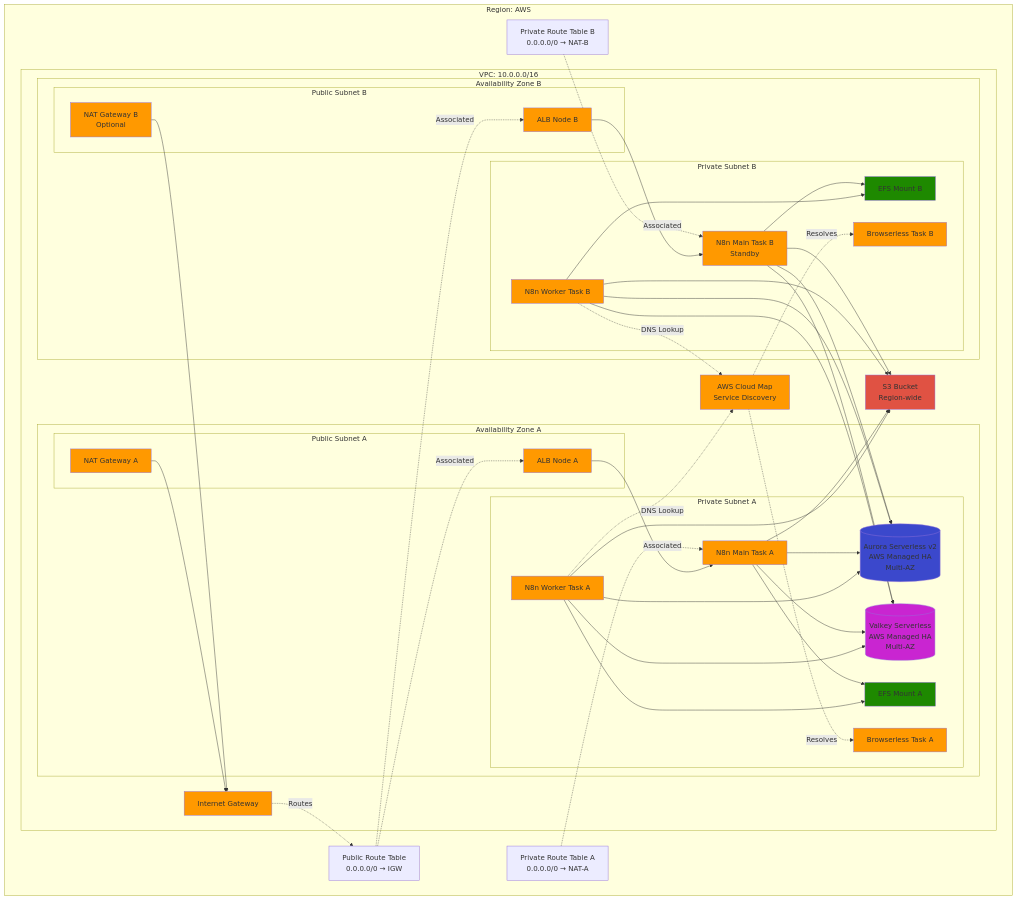
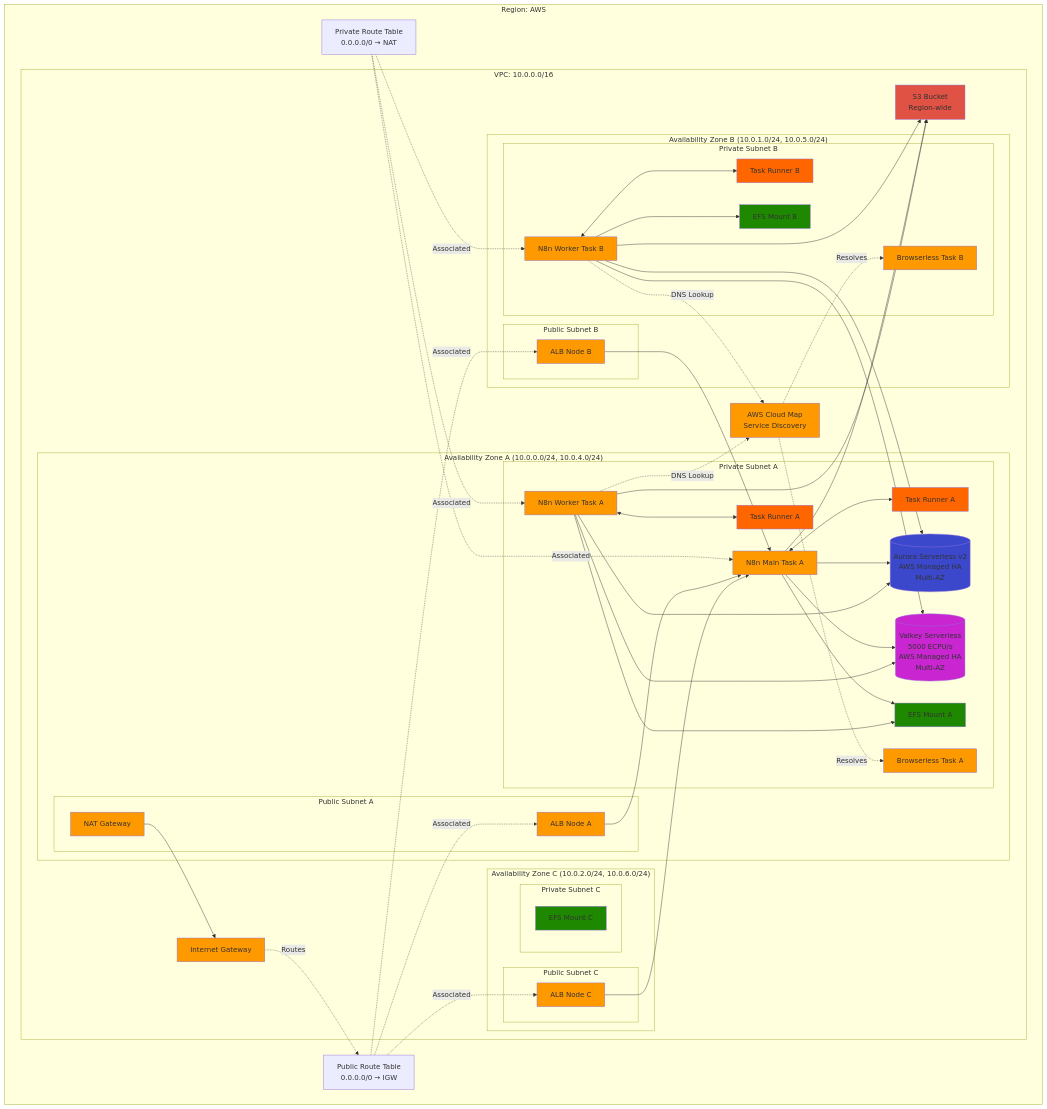
One commit to KennethWKZ/terraform-aws-n8n changed the second of 6 diagrams in aws-architecture-diagrams.md. Above: the diagram before and after it, drawn with Mermaid. The commit also changed other lines of this file and 14 other files, not shown here.

First line of the commit message:
refactor(architecture): replace python diagrams with AWS MCP

````diff
--- a/aws-architecture-diagrams.md
+++ b/aws-architecture-diagrams.md
@@ -93,33 +116,44 @@
         subgraph "VPC: 10.0.0.0/16"
             IGW[Internet Gateway]
             
-            subgraph "Availability Zone A"
+            subgraph "Availability Zone A (10.0.0.0/24, 10.0.4.0/24)"
                 subgraph "Public Subnet A"
                     ALB_A[ALB Node A]
-                    NAT_A[NAT Gateway A]
+                    NAT_A[NAT Gateway]
                 end
                 
                 subgraph "Private Subnet A"
                     Main_A[N8n Main Task A]
+                    Runner_A[Task Runner A]
                     Worker_A[N8n Worker Task A]
+                    RunnerW_A[Task Runner A]
                     Browser_A[Browserless Task A]
                     RDS_A[(Aurora Serverless v2<br/>AWS Managed HA<br/>Multi-AZ)]
-                    Cache_A[(Valkey Serverless<br/>AWS Managed HA<br/>Multi-AZ)]
+                    Cache_A[(Valkey Serverless<br/>5000 ECPU/s<br/>AWS Managed HA<br/>Multi-AZ)]
                     EFS_A[EFS Mount A]
                 end
             end
             
-            subgraph "Availability Zone B"
+            subgraph "Availability Zone B (10.0.1.0/24, 10.0.5.0/24)"
                 subgraph "Public Subnet B"
                     ALB_B[ALB Node B]
-                    NAT_B[NAT Gateway B<br/>Optional]
                 end
                 
                 subgraph "Private Subnet B"
-                    Main_B[N8n Main Task B<br/>Standby]
                     Worker_B[N8n Worker Task B]
+                    RunnerW_B[Task Runner B]
                     Browser_B[Browserless Task B]
                     EFS_B[EFS Mount B]
+                end
+            end
+            
+            subgraph "Availability Zone C (10.0.2.0/24, 10.0.6.0/24)"
+                subgraph "Public Subnet C"
+                    ALB_C[ALB Node C]
+                end
+                
+                subgraph "Private Subnet C"
+                    EFS_C[EFS Mount C]
                 end
             end
             
@@ -128,34 +162,36 @@
         end
         
         RT_Public[Public Route Table<br/>0.0.0.0/0 → IGW]
-        RT_Private_A[Private Route Table A<br/>0.0.0.0/0 → NAT-A]
-        RT_Private_B[Private Route Table B<br/>0.0.0.0/0 → NAT-B]
+        RT_Private[Private Route Table<br/>0.0.0.0/0 → NAT]
     end
 
     IGW -.->|Routes| RT_Public
     RT_Public -.->|Associated| ALB_A
     RT_Public -.->|Associated| ALB_B
-    RT_Private_A -.->|Associated| Main_A
-    RT_Private_B -.->|Associated| Main_B
+    RT_Public -.->|Associated| ALB_C
+    RT_Private -.->|Associated| Main_A
+    RT_Private -.->|Associated| Worker_A
+    RT_Private -.->|Associated| Worker_B
     
     NAT_A --> IGW
-    NAT_B --> IGW
     
     ALB_A --> Main_A
-    ALB_B --> Main_B
+    ALB_B --> Main_A
+    ALB_C --> Main_A
+    
+    Main_A <--> Runner_A
+    Worker_A <--> RunnerW_A
+    Worker_B <--> RunnerW_B
     
     Main_A --> RDS_A
-    Main_B --> RDS_A
     Worker_A --> RDS_A
     Worker_B --> RDS_A
     
     Main_A --> Cache_A
-    Main_B --> Cache_A
     Worker_A --> Cache_A
     Worker_B --> Cache_A
     
     Main_A --> EFS_A
-    Main_B --> EFS_B
     Worker_A --> EFS_A
     Worker_B --> EFS_B
     
@@ -165,25 +201,27 @@
     CloudMap -.->|Resolves| Browser_B
     
     Main_A --> S3
-    Main_B --> S3
     Worker_A --> S3
     Worker_B --> S3
 
     style IGW fill:#ff9900
     style NAT_A fill:#ff9900
-    style NAT_B fill:#ff9900
     style ALB_A fill:#ff9900
     style ALB_B fill:#ff9900
+    style ALB_C fill:#ff9900
     style Main_A fill:#ff9900
-    style Main_B fill:#ff9900
     style Worker_A fill:#ff9900
     style Worker_B fill:#ff9900
+    style Runner_A fill:#ff6600
+    style RunnerW_A fill:#ff6600
+    style RunnerW_B fill:#ff6600
     style Browser_A fill:#ff9900
     style Browser_B fill:#ff9900
     style RDS_A fill:#3b48cc
     style Cache_A fill:#c925d1
     style EFS_A fill:#1e8900
     style EFS_B fill:#1e8900
+    style EFS_C fill:#1e8900
     style S3 fill:#e05243
     style CloudMap fill:#ff9900
 ```
````
